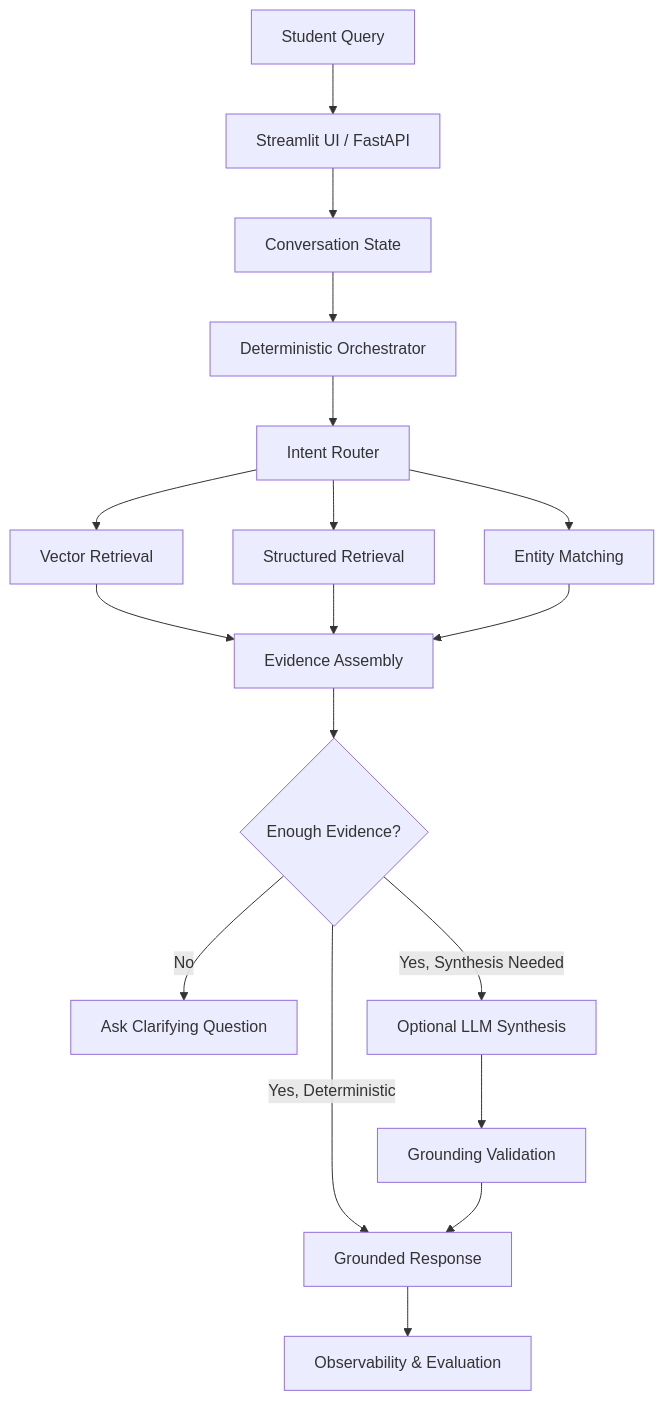
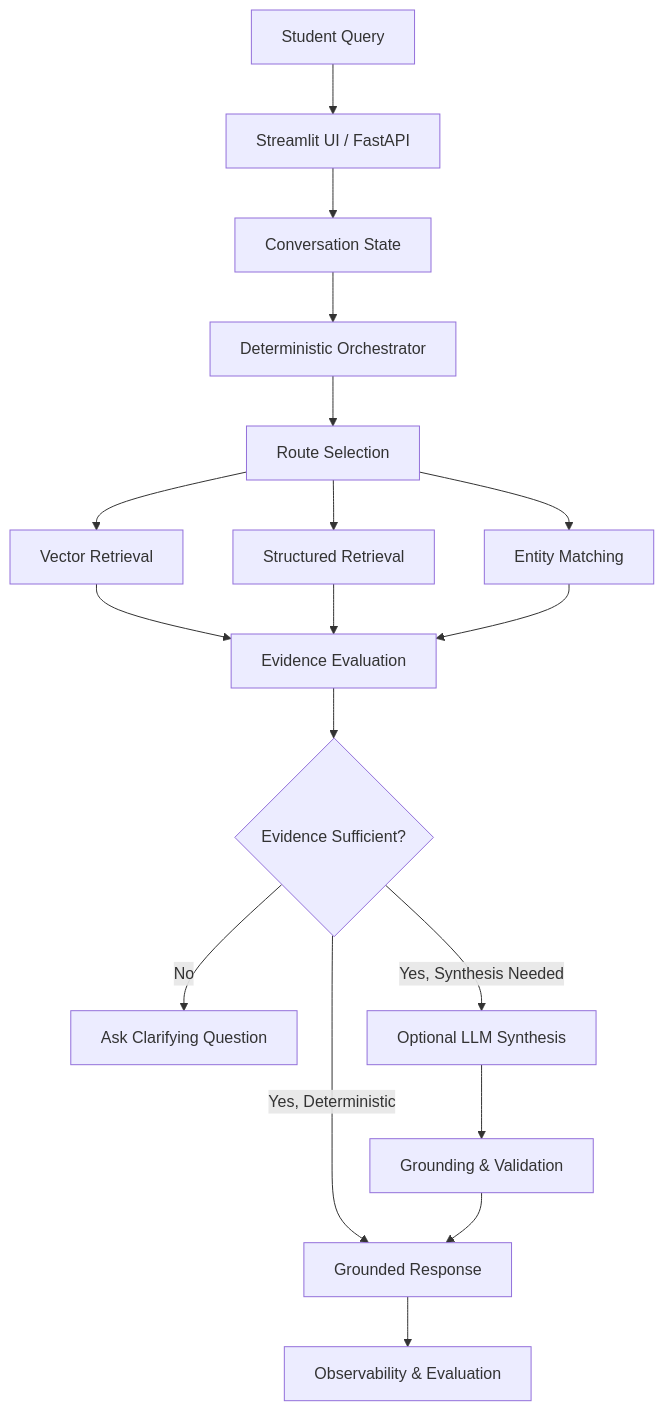
One commit to sushv07/GradCenterAgenticAIAssistant changed the diagram in README.md. Above: the diagram before and after it, drawn with Mermaid. The commit also changed other lines of this file, not shown here.

````diff
--- a/README.md
+++ b/README.md
@@ -407,57 +407,57 @@
 ```mermaid
 flowchart TD
 
     User[Student Query]
 
     UI[Streamlit UI / FastAPI]
 
     State[Conversation State]
 
     Orchestrator[Deterministic Orchestrator]
 
-    Router[Intent Router]
+    Router[Route Selection]
 
     Vector[Vector Retrieval]
 
     Structured[Structured Retrieval]
 
     Entity[Entity Matching]
 
-    Evidence[Evidence Assembly]
+    Evidence[Evidence Evaluation]
 
-    Decision{Enough Evidence?}
+    Decision{Evidence Sufficient?}
 
     Clarify[Ask Clarifying Question]
 
     LLM[Optional LLM Synthesis]
 
-    Validate[Grounding Validation]
+    Validate[Grounding & Validation]
 
     Response[Grounded Response]
 
     Logs[Observability & Evaluation]
 
     User --> UI
     UI --> State
     State --> Orchestrator
     Orchestrator --> Router
 
     Router --> Vector
     Router --> Structured
     Router --> Entity
 
     Vector --> Evidence
     Structured --> Evidence
     Entity --> Evidence
 
     Evidence --> Decision
 
     Decision -->|No| Clarify
     Decision -->|Yes, Deterministic| Response
     Decision -->|Yes, Synthesis Needed| LLM
 
     LLM --> Validate
     Validate --> Response
 
-    Response --> Logs  
+    Response --> Logs
 ```
````
